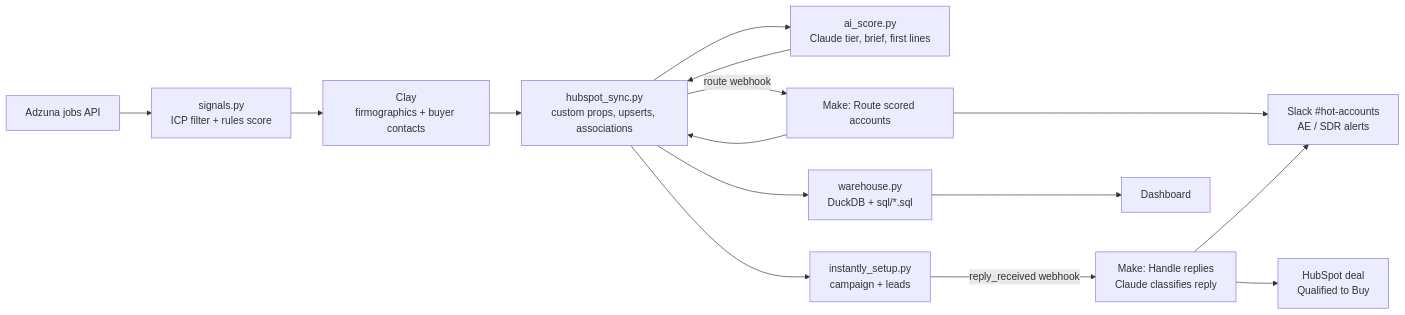
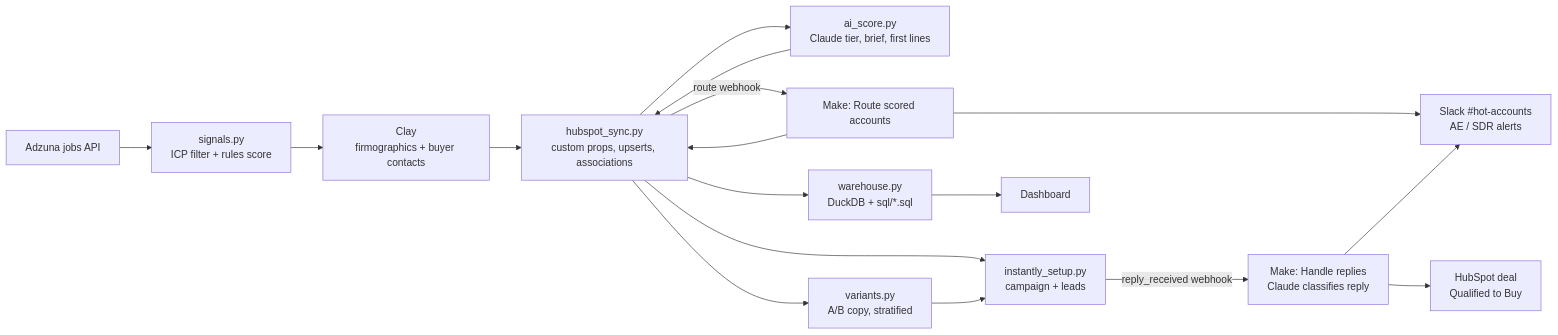
One commit to AwaisP2907/gtm-engine changed the diagram in README.md. Above: the diagram before and after it, drawn with Mermaid. The commit also changed other lines of this file and 8 other files, not shown here.

First line of the commit message:
Add stratified A/B copy testing

````diff
--- a/README.md
+++ b/README.md
@@ -24,17 +24,19 @@
 ```mermaid
 flowchart LR
   A[Adzuna jobs API] --> B[signals.py<br/>ICP filter + rules score]
   B --> C[Clay<br/>firmographics + buyer contacts]
   C --> D[hubspot_sync.py<br/>custom props, upserts, associations]
   D --> E[ai_score.py<br/>Claude tier, brief, first lines]
   E --> D
   D -->|route webhook| F[Make: Route scored accounts]
   F --> G[Slack #hot-accounts<br/>AE / SDR alerts]
   F --> D
   D --> H[instantly_setup.py<br/>campaign + leads]
   H -->|reply_received webhook| I[Make: Handle replies<br/>Claude classifies reply]
   I --> J[HubSpot deal<br/>Qualified to Buy]
   I --> G
+  D --> V[variants.py<br/>A/B copy, stratified]
+  V --> H
   D --> K[warehouse.py<br/>DuckDB + sql/*.sql]
   K --> L[Dashboard]
 ```
````
